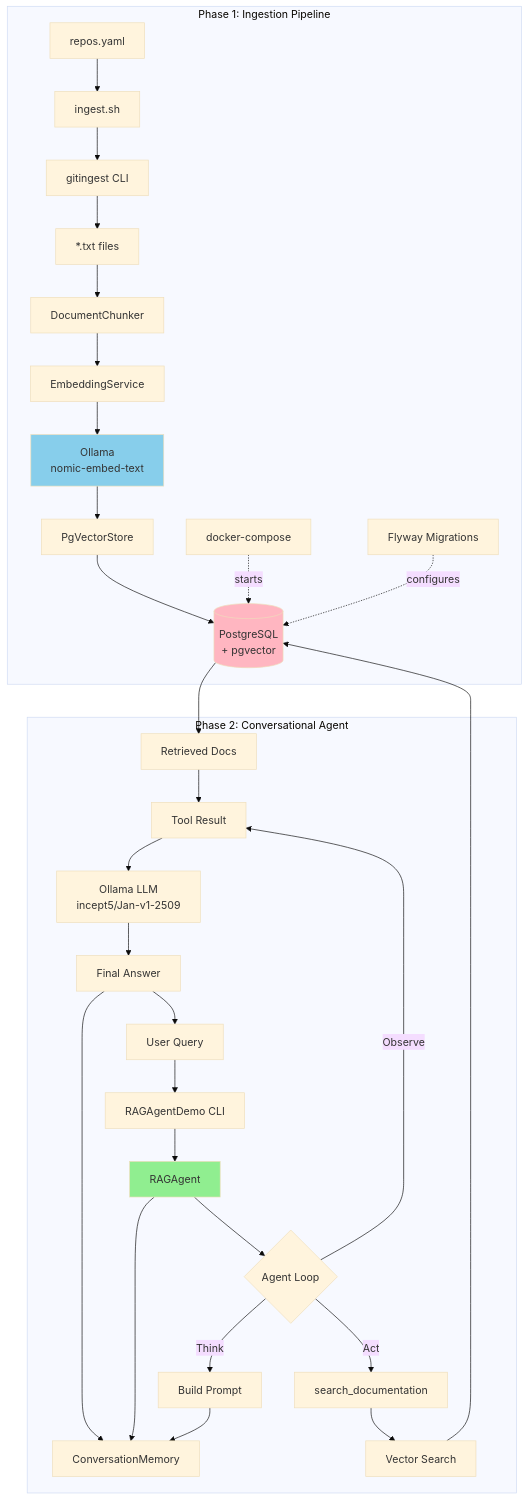
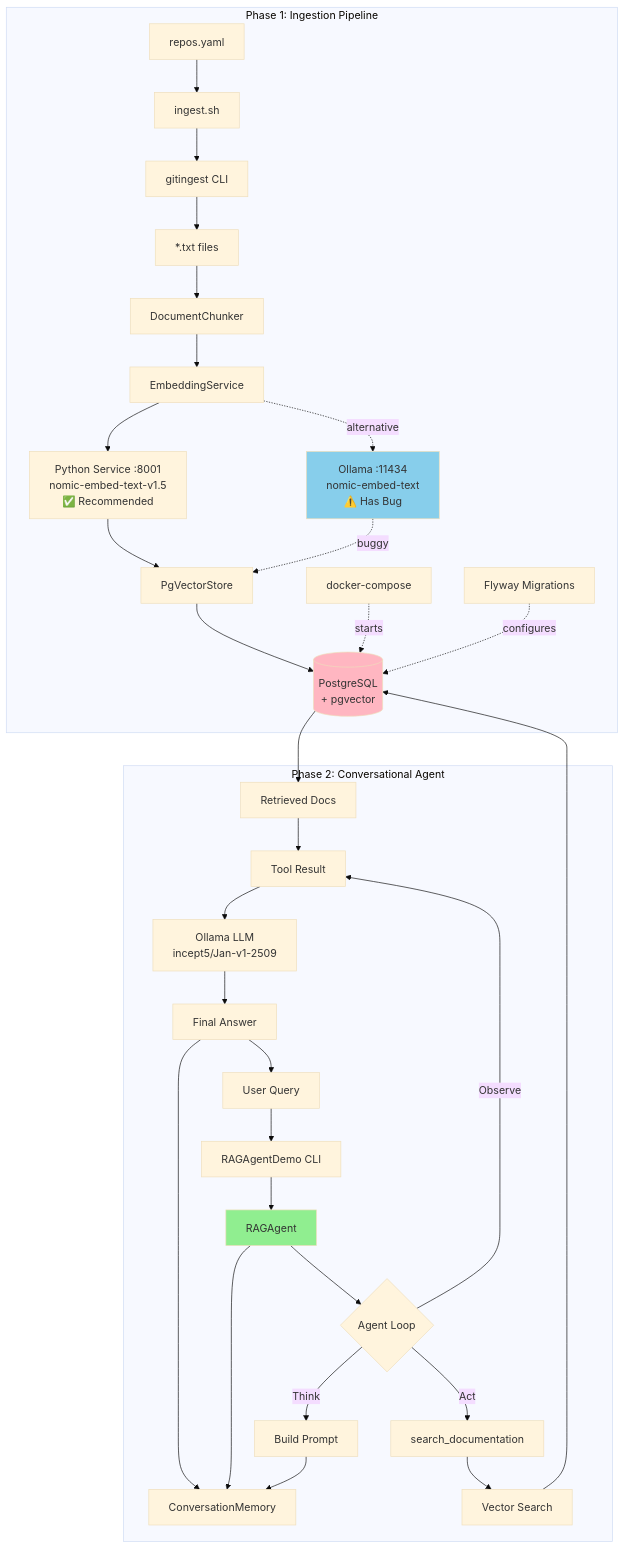
The diagram in stage-4-agentic-rag/architecture.md (Incept5/w-jax-munich-2025-workshop), drawn with Mermaid (base theme) before and after one commit. The commit also changed other lines of this file and 11 other files, not shown here.

First line of the commit message:
Add Python embedding service as workaround for Ollama bug

````diff
--- a/stage-4-agentic-rag/architecture.md
+++ b/stage-4-agentic-rag/architecture.md
@@ -45,41 +110,43 @@
 ```mermaid
 graph TB
     subgraph "Phase 1: Ingestion Pipeline"
         CONFIG[repos.yaml] --> SCRIPT[ingest.sh]
         SCRIPT --> GI[gitingest CLI]
         GI --> TXT[*.txt files]
         TXT --> CHUNK[DocumentChunker]
         CHUNK --> EMB[EmbeddingService]
-        EMB --> OLLAMA[Ollama<br/>nomic-embed-text]
-        OLLAMA --> STORE[PgVectorStore]
+        EMB --> PYTHON[Python Service :8001<br/>nomic-embed-text-v1.5<br/>✅ Recommended]
+        EMB -.alternative.-> OLLAMA[Ollama :11434<br/>nomic-embed-text<br/>⚠️ Has Bug]
+        PYTHON --> STORE[PgVectorStore]
+        OLLAMA -.buggy.-> STORE
         STORE --> PG[(PostgreSQL<br/>+ pgvector)]
         
         DOCKER[docker-compose] -.starts.-> PG
         FLYWAY[Flyway Migrations] -.configures.-> PG
     end
     
     subgraph "Phase 2: Conversational Agent"
         USER[User Query] --> DEMO[RAGAgentDemo CLI]
         DEMO --> AGENT[RAGAgent]
         AGENT --> MEM[ConversationMemory]
         AGENT --> LOOP{Agent Loop}
         LOOP -->|Think| PROMPT[Build Prompt]
         LOOP -->|Act| TOOL[search_documentation]
         LOOP -->|Observe| RESULT[Tool Result]
         
         PROMPT --> MEM
         TOOL --> SEARCH[Vector Search]
         SEARCH --> PG
         PG --> DOCS[Retrieved Docs]
         DOCS --> RESULT
         
         RESULT --> LLM[Ollama LLM<br/>incept5/Jan-v1-2509]
         LLM --> FINAL[Final Answer]
         FINAL --> MEM
         FINAL --> USER
     end
     
     style AGENT fill:#90EE90
     style PG fill:#FFB6C1
     style OLLAMA fill:#87CEEB
 ```
````
